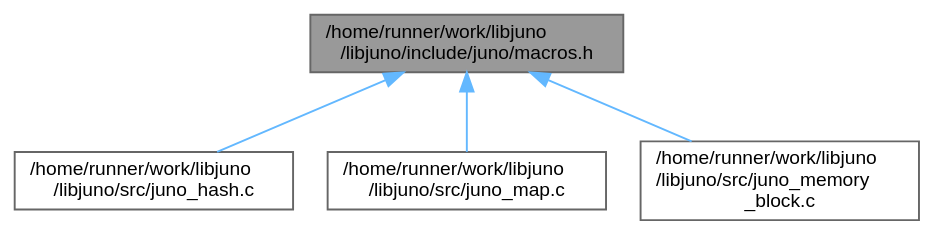
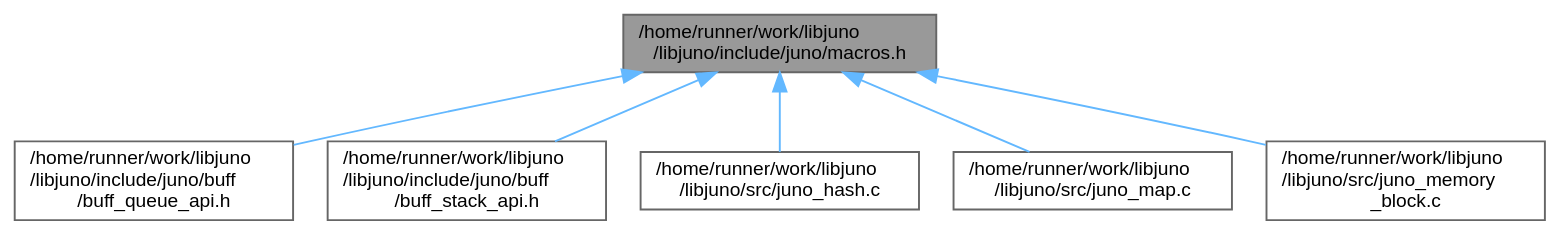
One commit to robinonsay/libjuno changed the diagram in macros_8h__dep__incl.dot. Above: the diagram before and after it, drawn with Graphviz. The commit also changed 227 other files, not shown here.

```diff
--- a/macros_8h__dep__incl.dot
+++ b/macros_8h__dep__incl.dot
@@ -1,14 +1,18 @@
 digraph "/home/runner/work/libjuno/libjuno/include/juno/macros.h"
 {
  // LATEX_PDF_SIZE
   bgcolor="transparent";
   edge [fontname=Helvetica,fontsize=10,labelfontname=Helvetica,labelfontsize=10];
   node [fontname=Helvetica,fontsize=10,shape=box,height=0.2,width=0.4];
   Node1 [id="Node000001",label="/home/runner/work/libjuno\l/libjuno/include/juno/macros.h",height=0.2,width=0.4,color="gray40", fillcolor="grey60", style="filled", fontcolor="black",tooltip=" "];
   Node1 -> Node2 [id="edge1_Node000001_Node000002",dir="back",color="steelblue1",style="solid",tooltip=" "];
-  Node2 [id="Node000002",label="/home/runner/work/libjuno\l/libjuno/src/juno_hash.c",height=0.2,width=0.4,color="grey40", fillcolor="white", style="filled",URL="$juno__hash_8c.html",tooltip=" "];
+  Node2 [id="Node000002",label="/home/runner/work/libjuno\l/libjuno/include/juno/buff\l/buff_queue_api.h",height=0.2,width=0.4,color="grey40", fillcolor="white", style="filled",URL="$buff__queue__api_8h.html",tooltip=" "];
   Node1 -> Node3 [id="edge2_Node000001_Node000003",dir="back",color="steelblue1",style="solid",tooltip=" "];
-  Node3 [id="Node000003",label="/home/runner/work/libjuno\l/libjuno/src/juno_map.c",height=0.2,width=0.4,color="grey40", fillcolor="white", style="filled",URL="$juno__map_8c.html",tooltip=" "];
+  Node3 [id="Node000003",label="/home/runner/work/libjuno\l/libjuno/include/juno/buff\l/buff_stack_api.h",height=0.2,width=0.4,color="grey40", fillcolor="white", style="filled",URL="$buff__stack__api_8h.html",tooltip=" "];
   Node1 -> Node4 [id="edge3_Node000001_Node000004",dir="back",color="steelblue1",style="solid",tooltip=" "];
-  Node4 [id="Node000004",label="/home/runner/work/libjuno\l/libjuno/src/juno_memory\l_block.c",height=0.2,width=0.4,color="grey40", fillcolor="white", style="filled",URL="$juno__memory__block_8c.html",tooltip=" "];
+  Node4 [id="Node000004",label="/home/runner/work/libjuno\l/libjuno/src/juno_hash.c",height=0.2,width=0.4,color="grey40", fillcolor="white", style="filled",URL="$juno__hash_8c.html",tooltip=" "];
+  Node1 -> Node5 [id="edge4_Node000001_Node000005",dir="back",color="steelblue1",style="solid",tooltip=" "];
+  Node5 [id="Node000005",label="/home/runner/work/libjuno\l/libjuno/src/juno_map.c",height=0.2,width=0.4,color="grey40", fillcolor="white", style="filled",URL="$juno__map_8c.html",tooltip=" "];
+  Node1 -> Node6 [id="edge5_Node000001_Node000006",dir="back",color="steelblue1",style="solid",tooltip=" "];
+  Node6 [id="Node000006",label="/home/runner/work/libjuno\l/libjuno/src/juno_memory\l_block.c",height=0.2,width=0.4,color="grey40", fillcolor="white", style="filled",URL="$juno__memory__block_8c.html",tooltip=" "];
 }
```
